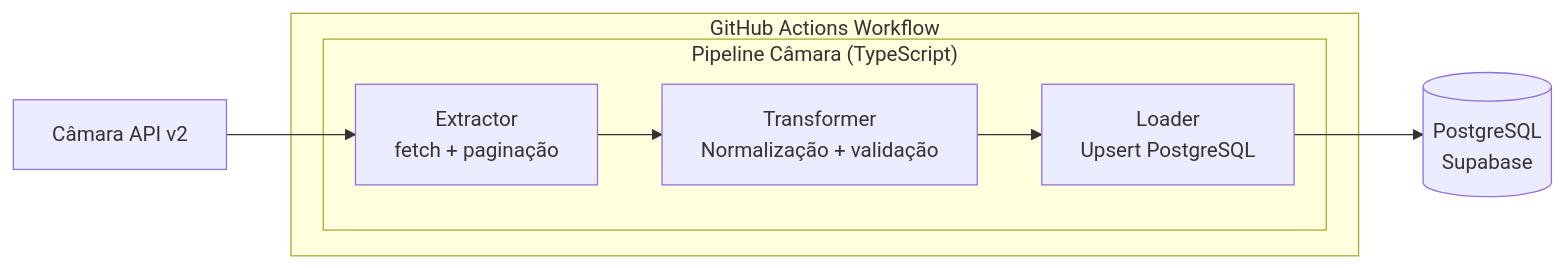
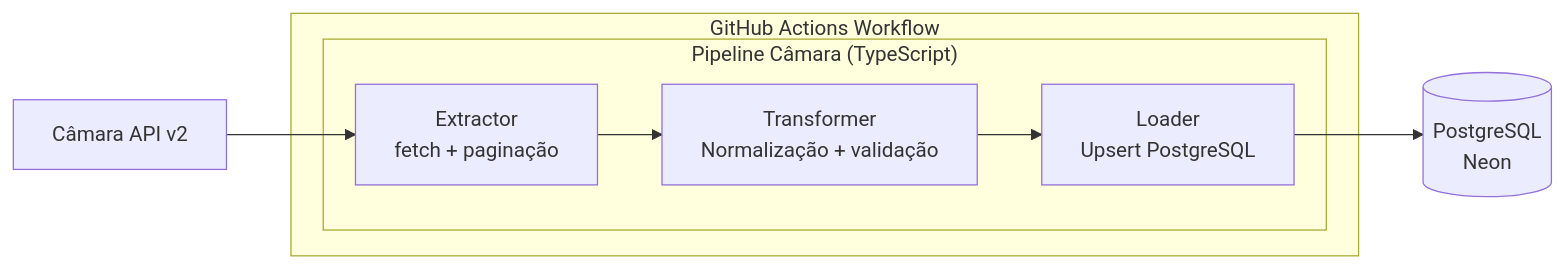
The fourth of 5 diagrams in docs/architecture/C4-DIAGRAMS.md (FabioCaffarello/brasil-a-vera), drawn with Mermaid before and after one commit. The commit also changed other lines of this file and 13 other files, not shown here.

````diff
--- a/docs/architecture/C4-DIAGRAMS.md
+++ b/docs/architecture/C4-DIAGRAMS.md
@@ -164,16 +164,16 @@
 ```mermaid
 graph LR
     subgraph "GitHub Actions Workflow"
         subgraph "Pipeline Câmara (TypeScript)"
             EXT["Extractor<br/>fetch + paginação"]
             TRANS["Transformer<br/>Normalização + validação"]
             LOAD["Loader<br/>Upsert PostgreSQL"]
         end
     end
 
     API["Câmara API v2"] --> EXT
     EXT --> TRANS
     TRANS --> LOAD
 
-    LOAD --> PG[(PostgreSQL<br/>Supabase)]
+    LOAD --> PG[(PostgreSQL<br/>Neon)]
 ```
````
